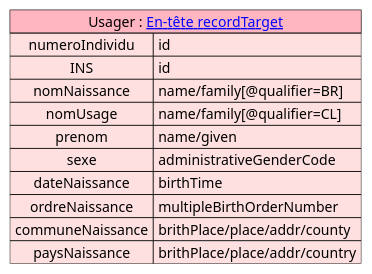
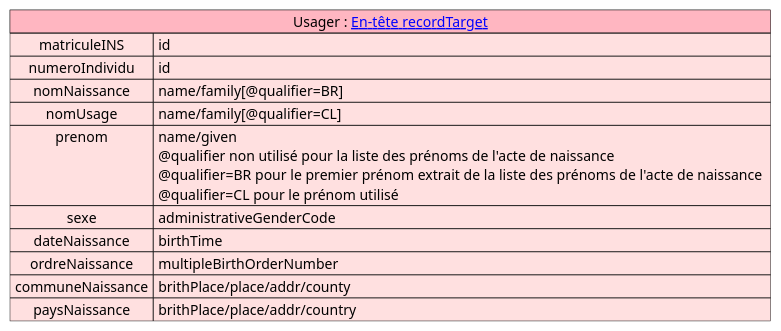
One commit to ansforge/IG-fhir-transfert-donnees-dui-esms changed the diagram in input/images-source/mapping_usager.plantuml. Above: the diagram before and after it, drawn with PlantUML. The commit also changed 3 other files, not shown here.

```diff
--- a/input/images-source/mapping_usager.plantuml
+++ b/input/images-source/mapping_usager.plantuml
@@ -1,17 +1,17 @@
 @startuml
 
 
 map "Usager : [[contenu_dossier_entete_cda.html En-tête recordTarget]]" as Usager #back:IMPLEMENTATION;header:LightPink {
+    matriculeINS => id
     numeroIndividu => id
-    INS=> id
     nomNaissance => name/family[@qualifier=BR]
     nomUsage => name/family[@qualifier=CL]
-    prenom => name/given
+    prenom => name/given \n@qualifier non utilisé pour la liste des prénoms de l'acte de naissance \n@qualifier=BR pour le premier prénom extrait de la liste des prénoms de l'acte de naissance \n@qualifier=CL pour le prénom utilisé
     sexe=> administrativeGenderCode
     dateNaissance => birthTime
     ordreNaissance => multipleBirthOrderNumber
     communeNaissance => brithPlace/place/addr/county
     paysNaissance => brithPlace/place/addr/country
 }
 
 @enduml
```
